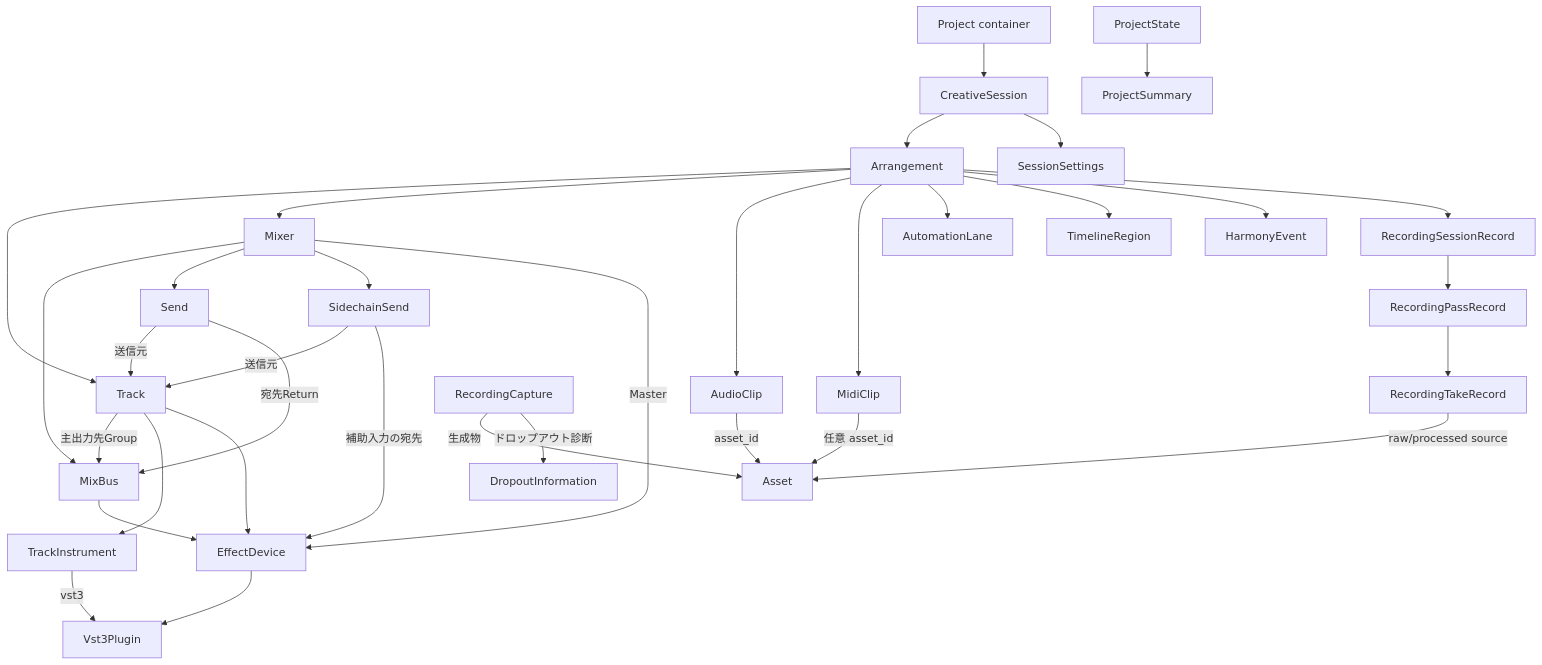
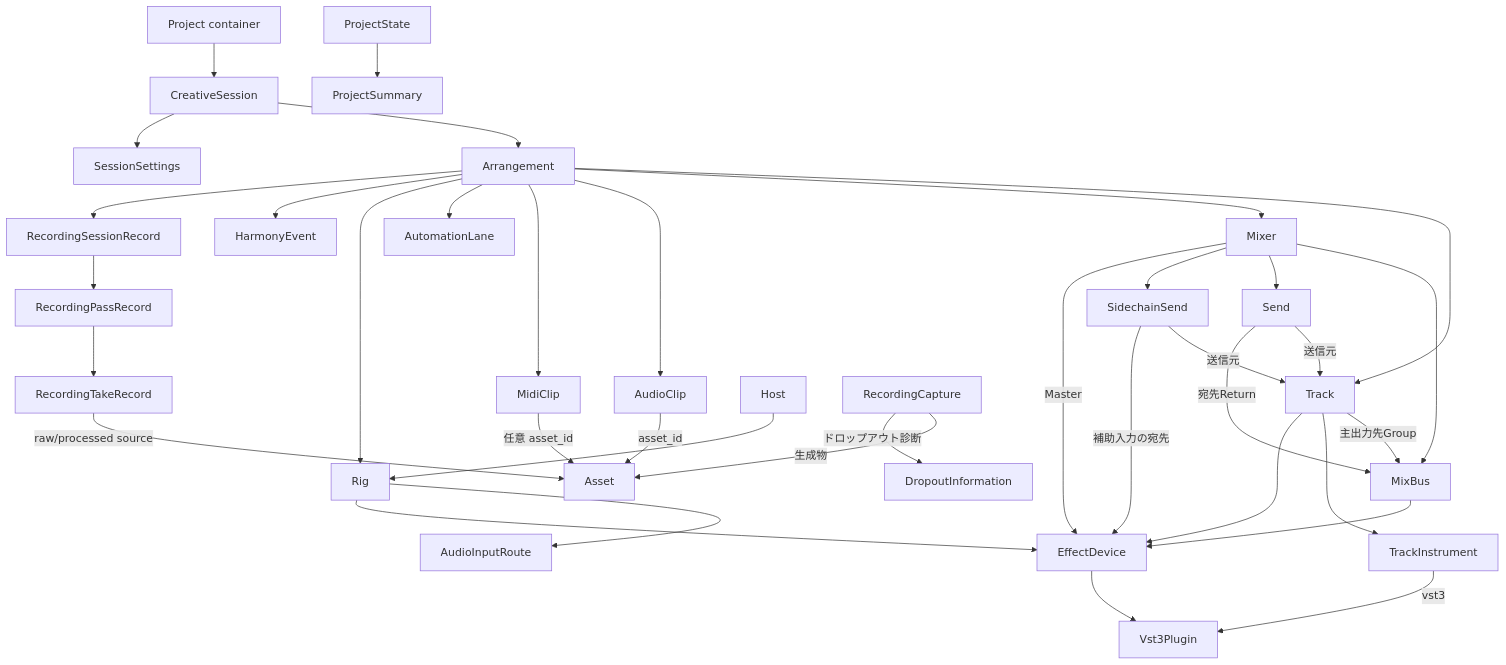
One commit to endo-ly/riffra changed the second of 2 diagrams in docs/data-model.md. Above: the diagram before and after it, drawn with Mermaid. The commit also changed other lines of this file and 4 other files, not shown here.

````diff
--- a/docs/data-model.md
+++ b/docs/data-model.md
@@ -195,36 +214,39 @@
 ```mermaid
 flowchart TD
     PC[Project container] --> CS[CreativeSession]
     PS[ProjectState] --> PM[ProjectSummary]
     CS --> AR[Arrangement]
     AR --> TR[Track]
     AR --> MX[Mixer]
     MX --> MB[MixBus]
     MX --> SN[Send]
     MX --> SC[SidechainSend]
     SC -->|送信元| TR
     SC -->|補助入力の宛先| ED
     MX -->|Master| ED[EffectDevice]
     MB --> ED
     TR -->|主出力先Group| MB
     SN -->|送信元| TR
     SN -->|宛先Return| MB
     AR --> AC[AudioClip]
     AR --> MC[MidiClip]
     AR --> AU[AutomationLane]
     AR --> RG[TimelineRegion]
     AR --> HE[HarmonyEvent]
     AR --> RS[RecordingSessionRecord]
     RS --> RP[RecordingPassRecord]
     RP --> RT[RecordingTakeRecord]
     RT -->|raw/processed source| AS[Asset]
     AC -->|asset_id| AS
     MC -->|任意 asset_id| AS
     TR --> TI[TrackInstrument]
     TR --> ED
     TI -->|vst3| VP[Vst3Plugin]
     ED --> VP
     CS --> SE[SessionSettings]
+    HS[Host] --> RG[Rig]
+    RG --> AIR[AudioInputRoute]
+    RG --> ED
     RC[RecordingCapture] -->|生成物| AS
     RC -->|ドロップアウト診断| DI[DropoutInformation]
 ```
````
